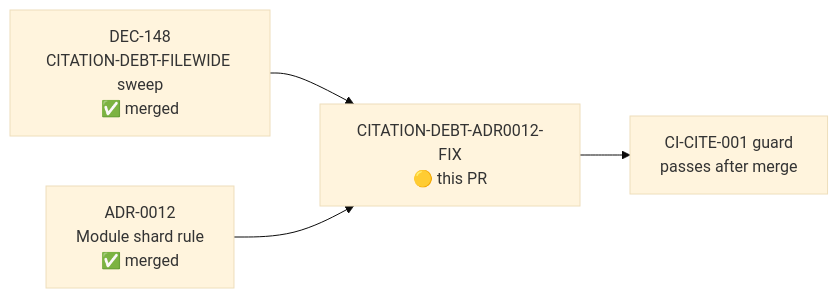
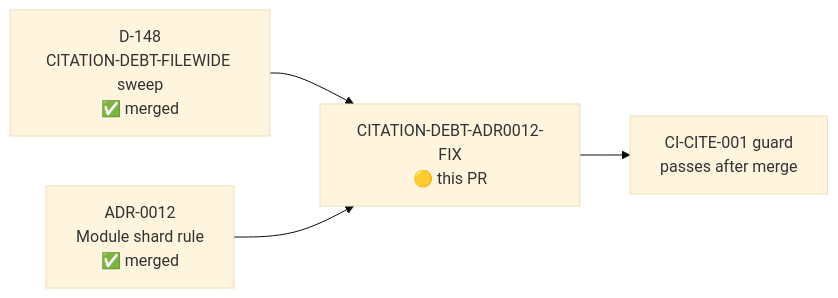
One commit to ArcavenAE/jira-cli changed the second of 4 diagrams in code-delivery/CITATION-DEBT-ADR0012-FIX/pr-description.md. Above: the diagram before and after it, drawn with Mermaid (base theme). The commit also changed other lines of this file and 531 other files, not shown here.

````diff
--- a/code-delivery/CITATION-DEBT-ADR0012-FIX/pr-description.md
+++ b/code-delivery/CITATION-DEBT-ADR0012-FIX/pr-description.md
@@ -56,6 +56,6 @@
 ```mermaid
 graph LR
-    DEC148["DEC-148<br/>CITATION-DEBT-FILEWIDE sweep<br/>✅ merged"] --> thispr["CITATION-DEBT-ADR0012-FIX<br/>🟡 this PR"]
+    DEC148["D-148<br/>CITATION-DEBT-FILEWIDE sweep<br/>✅ merged"] --> thispr["CITATION-DEBT-ADR0012-FIX<br/>🟡 this PR"]
     ADR012["ADR-0012<br/>Module shard rule<br/>✅ merged"] --> thispr
     thispr --> clean["CI-CITE-001 guard<br/>passes after merge"]
 ```
````
